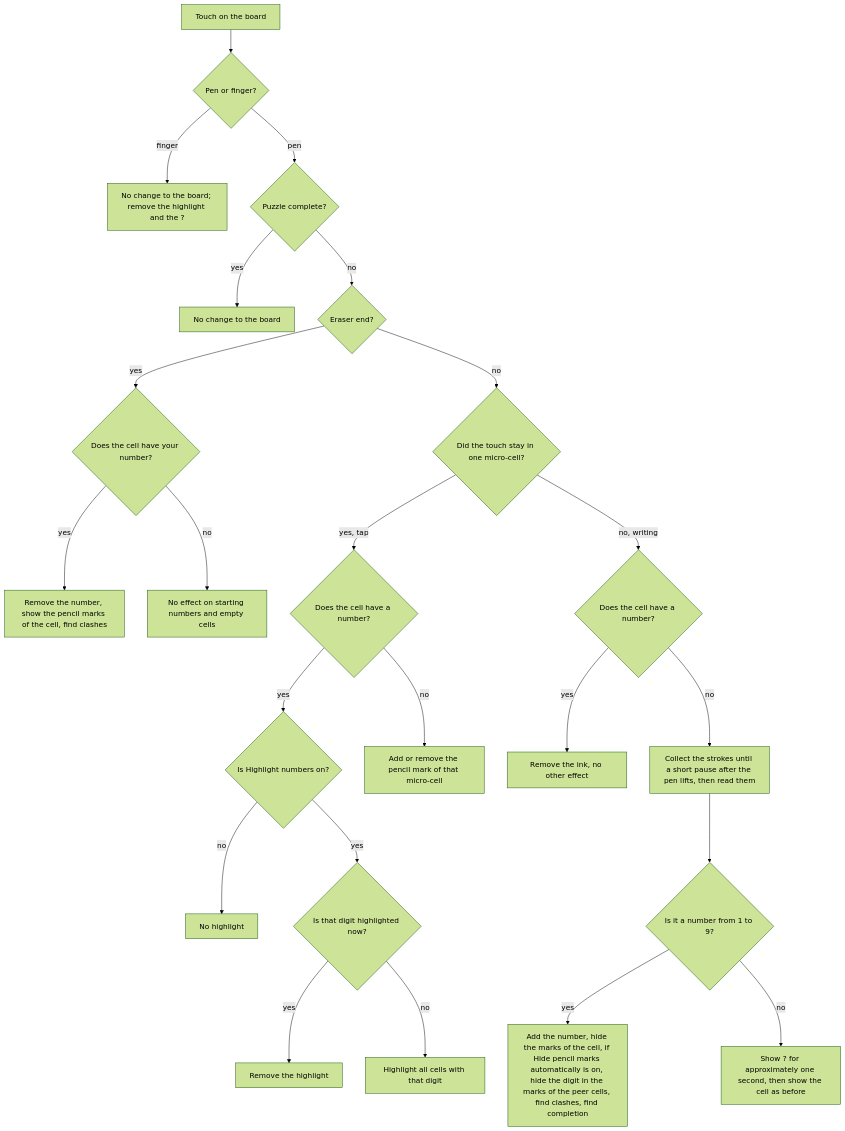
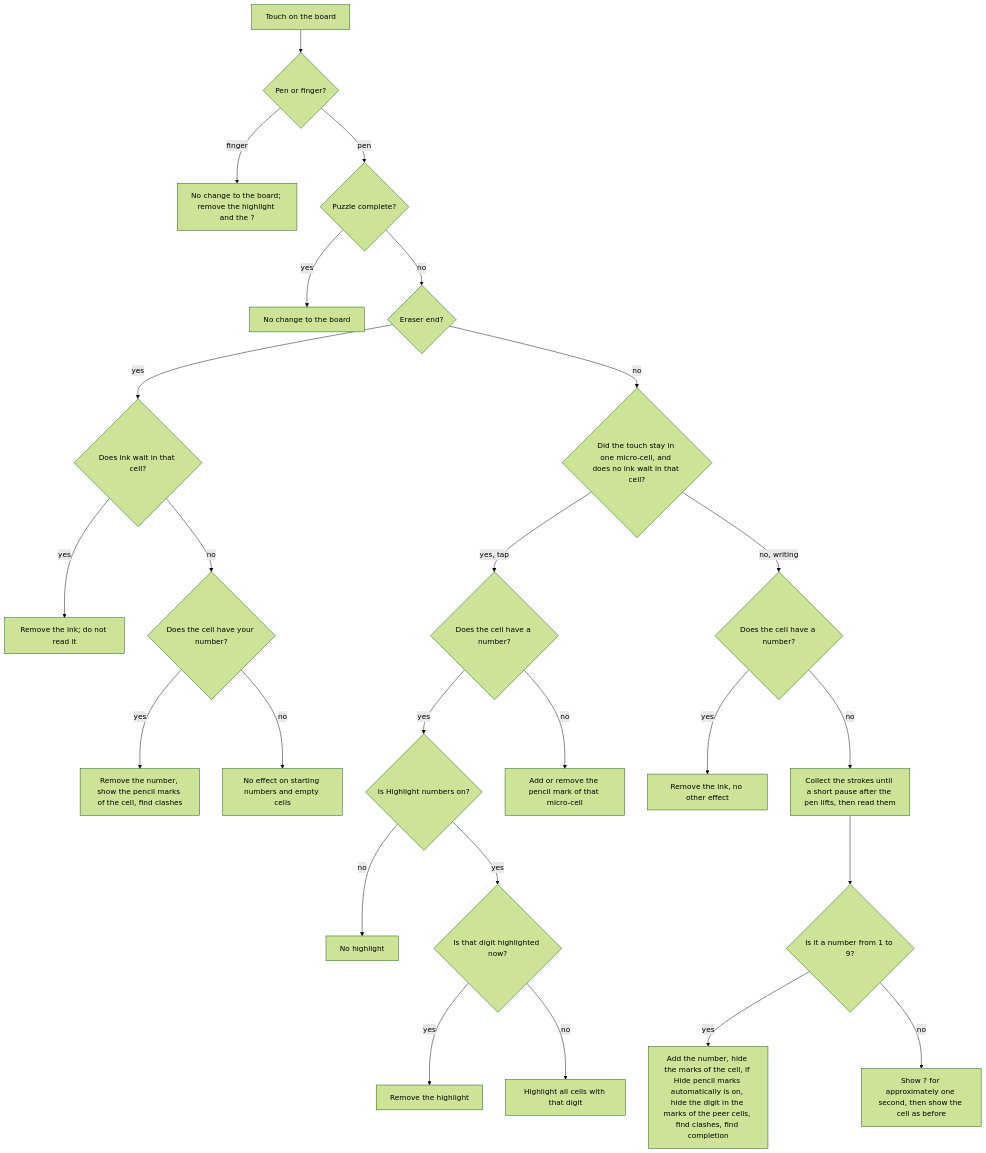
The fourth of 13 diagrams in REQUIREMENTS.md (garbles/sudoku), drawn with Mermaid (forest theme) before and after one commit. The commit also changed other lines of this file and 13 other files, not shown here.

````diff
--- a/REQUIREMENTS.md
+++ b/REQUIREMENTS.md
@@ -271,25 +279,27 @@
 ```mermaid
 flowchart TD
     A[Touch on the board] --> B{Pen or finger?}
     B -- finger --> X[No change to the board; remove the highlight and the ?]
     B -- pen --> C{Puzzle complete?}
     C -- yes --> X2[No change to the board]
     C -- no --> D{Eraser end?}
-    D -- yes --> E{Does the cell have your number?}
+    D -- yes --> EW{Does ink wait in that cell?}
+    EW -- yes --> EI[Remove the ink; do not read it]
+    EW -- no --> E{Does the cell have your number?}
     E -- yes --> E1[Remove the number, show the pencil marks of the cell, find clashes]
     E -- no --> X3[No effect on starting numbers and empty cells]
-    D -- no --> F{Did the touch stay in one micro-cell?}
+    D -- no --> F{Did the touch stay in one micro-cell, and does no ink wait in that cell?}
     F -- yes, tap --> G{Does the cell have a number?}
     G -- yes --> GS{Is Highlight numbers on?}
     GS -- no --> X5[No highlight]
     GS -- yes --> G0{Is that digit highlighted now?}
     G0 -- yes --> G3[Remove the highlight]
     G0 -- no --> G1[Highlight all cells with that digit]
     G -- no --> G2[Add or remove the pencil mark of that micro-cell]
     F -- no, writing --> H{Does the cell have a number?}
     H -- yes --> X4[Remove the ink, no other effect]
     H -- no --> I[Collect the strokes until a short pause after the pen lifts, then read them]
     I --> J{Is it a number from 1 to 9?}
     J -- yes --> K[Add the number, hide the marks of the cell, if Hide pencil marks automatically is on, hide the digit in the marks of the peer cells, find clashes, find completion]
     J -- no --> L[Show ? for approximately one second, then show the cell as before]
 ```
````
